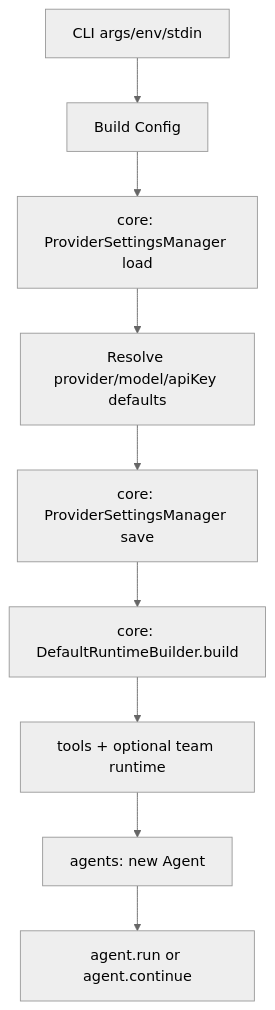
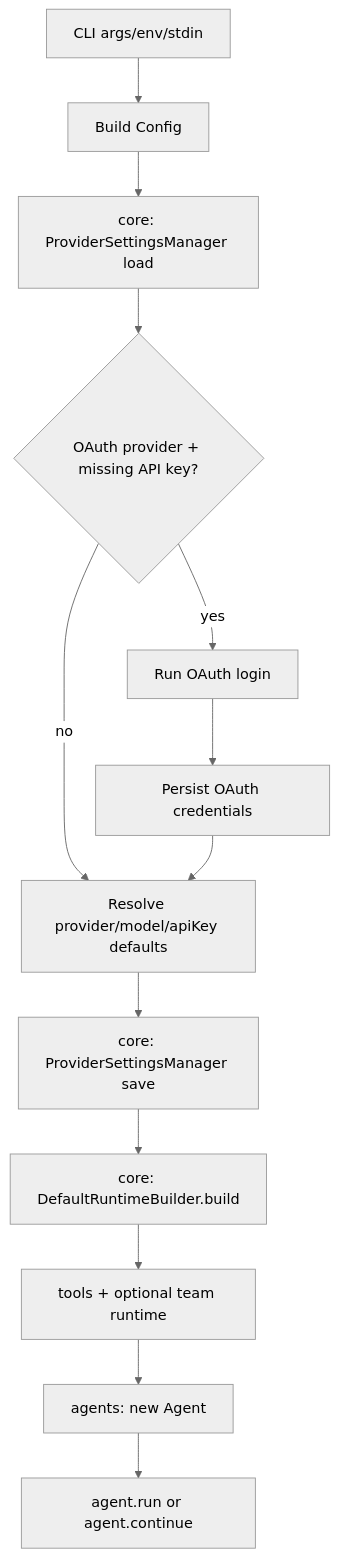
The first of 3 diagrams in sdk/apps/cli/ARCHITECTURE.md (Dastan-Prince/cline-cn), drawn with Mermaid (neutral theme) before and after one commit. The commit also changed other lines of this file and 24 other files, not shown here.

````diff
--- a/sdk/apps/cli/ARCHITECTURE.md
+++ b/sdk/apps/cli/ARCHITECTURE.md
@@ -78,11 +92,15 @@
 ```mermaid
 flowchart TD
   A[CLI args/env/stdin] --> B[Build Config]
   B --> B1[core: ProviderSettingsManager load]
-  B1 --> B2[Resolve provider/model/apiKey defaults]
-  B2 --> B3[core: ProviderSettingsManager save]
-  B3 --> C[core: DefaultRuntimeBuilder.build]
+  B1 --> B2{OAuth provider + missing API key?}
+  B2 -->|yes| B2a[Run OAuth login]
+  B2a --> B2b[Persist OAuth credentials]
+  B2 -->|no| B3[Resolve provider/model/apiKey defaults]
+  B2b --> B3
+  B3 --> B4[core: ProviderSettingsManager save]
+  B4 --> C[core: DefaultRuntimeBuilder.build]
   C --> D[tools + optional team runtime]
   D --> E[agents: new Agent]
   E --> F[agent.run or agent.continue]
 ```
````
